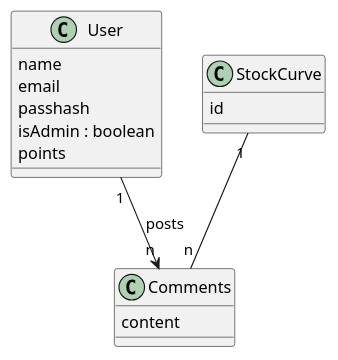
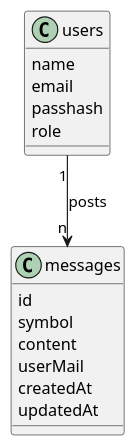
Before and after one commit to MatthMig/StockBlog: the second of 2 diagrams in README.md, drawn with PlantUML. The commit also changed other lines of this file and 11 other files, not shown here.

````diff
--- a/README.md
+++ b/README.md
@@ -72,20 +72,19 @@
 ```plantuml
-class User{
+class users{
   name
   email
   passhash
-  isAdmin : boolean
-  points
+  role
 }
 
-class Comments {
+class messages {
+  id
+  symbol
   content
+  userMail
+  createdAt
+  updatedAt
 }
 
-class StockCurve{
-  id
-}
-
-StockCurve "1" -- "n" Comments
-User "1" --> "n" Comments : posts
+users "1" --> "n" messages : posts
 ```
````
